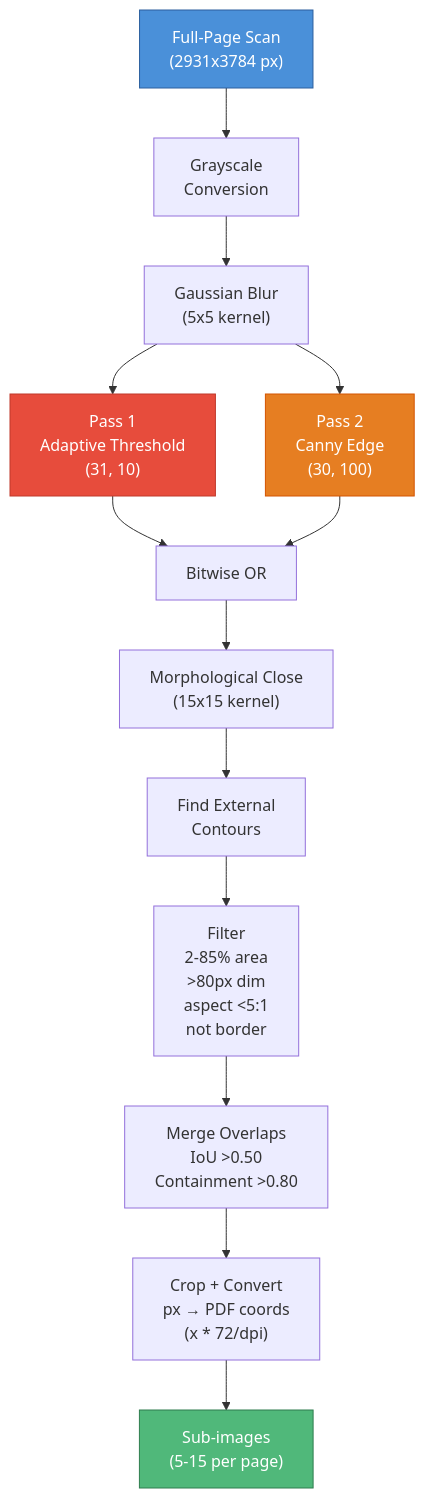
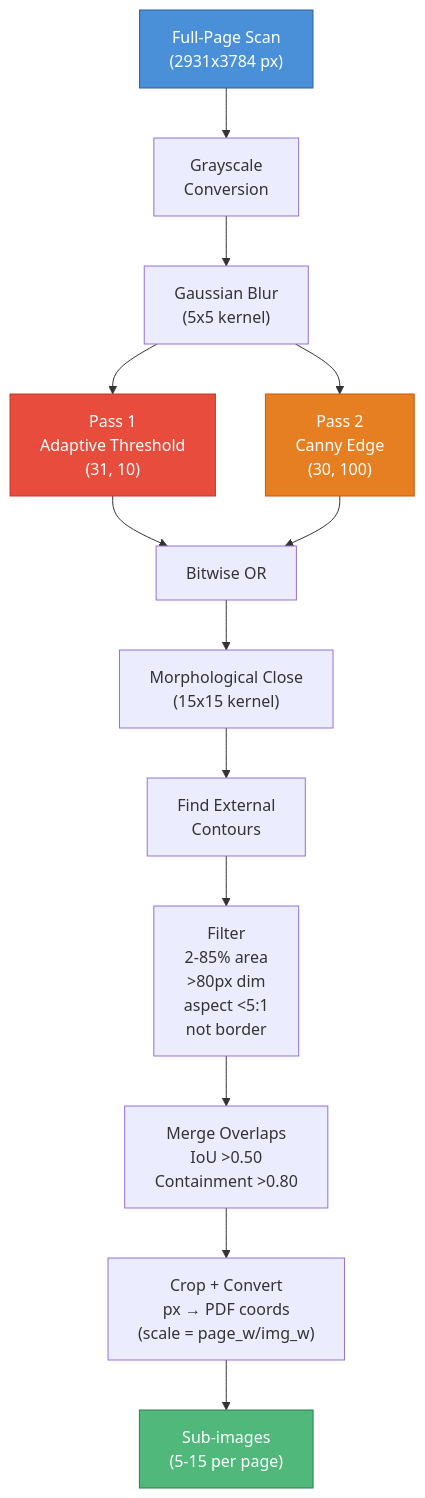
Before and after one commit to n0cl0ud/pikamatch: the diagram in docs/segmentation-flow.mmd, drawn with Mermaid. The commit also changed 6 other files, not shown here.

First line of the commit message:
Update SVG diagrams and Mermaid sources for triple-signal scoring

```diff
--- a/docs/segmentation-flow.mmd
+++ b/docs/segmentation-flow.mmd
@@ -1,25 +1,25 @@
 graph TB
     INPUT["Full-Page Scan<br/>(2931x3784 px)"] --> GRAY["Grayscale<br/>Conversion"]
     GRAY --> BLUR["Gaussian Blur<br/>(5x5 kernel)"]
 
     BLUR --> PASS1["Pass 1<br/>Adaptive Threshold<br/>(31, 10)"]
     BLUR --> PASS2["Pass 2<br/>Canny Edge<br/>(30, 100)"]
 
     PASS1 --> COMBINE["Bitwise OR"]
     PASS2 --> COMBINE
 
     COMBINE --> MORPH["Morphological Close<br/>(15x15 kernel)"]
     MORPH --> CONTOURS["Find External<br/>Contours"]
 
     CONTOURS --> FILTER["Filter<br/>2-85% area<br/>>80px dim<br/>aspect <5:1<br/>not border"]
 
     FILTER --> MERGE["Merge Overlaps<br/>IoU >0.50<br/>Containment >0.80"]
 
-    MERGE --> CROP["Crop + Convert<br/>px → PDF coords<br/>(x * 72/dpi)"]
+    MERGE --> CROP["Crop + Convert<br/>px → PDF coords<br/>(scale = page_w/img_w)"]
 
     CROP --> OUTPUT["Sub-images<br/>(5-15 per page)"]
 
     style INPUT fill:#4a90d9,stroke:#2c5f9e,color:#fff
     style PASS1 fill:#e74c3c,stroke:#c0392b,color:#fff
     style PASS2 fill:#e67e22,stroke:#d35400,color:#fff
     style OUTPUT fill:#50b87a,stroke:#2e7d4e,color:#fff
```
